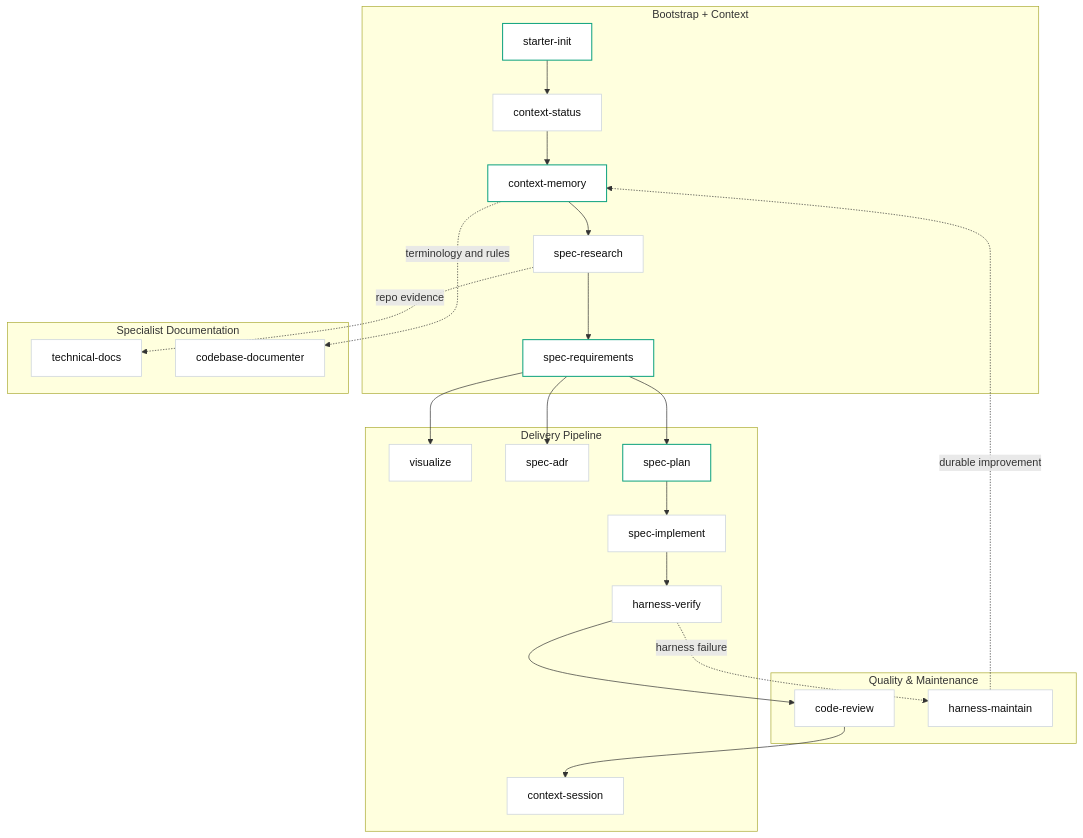
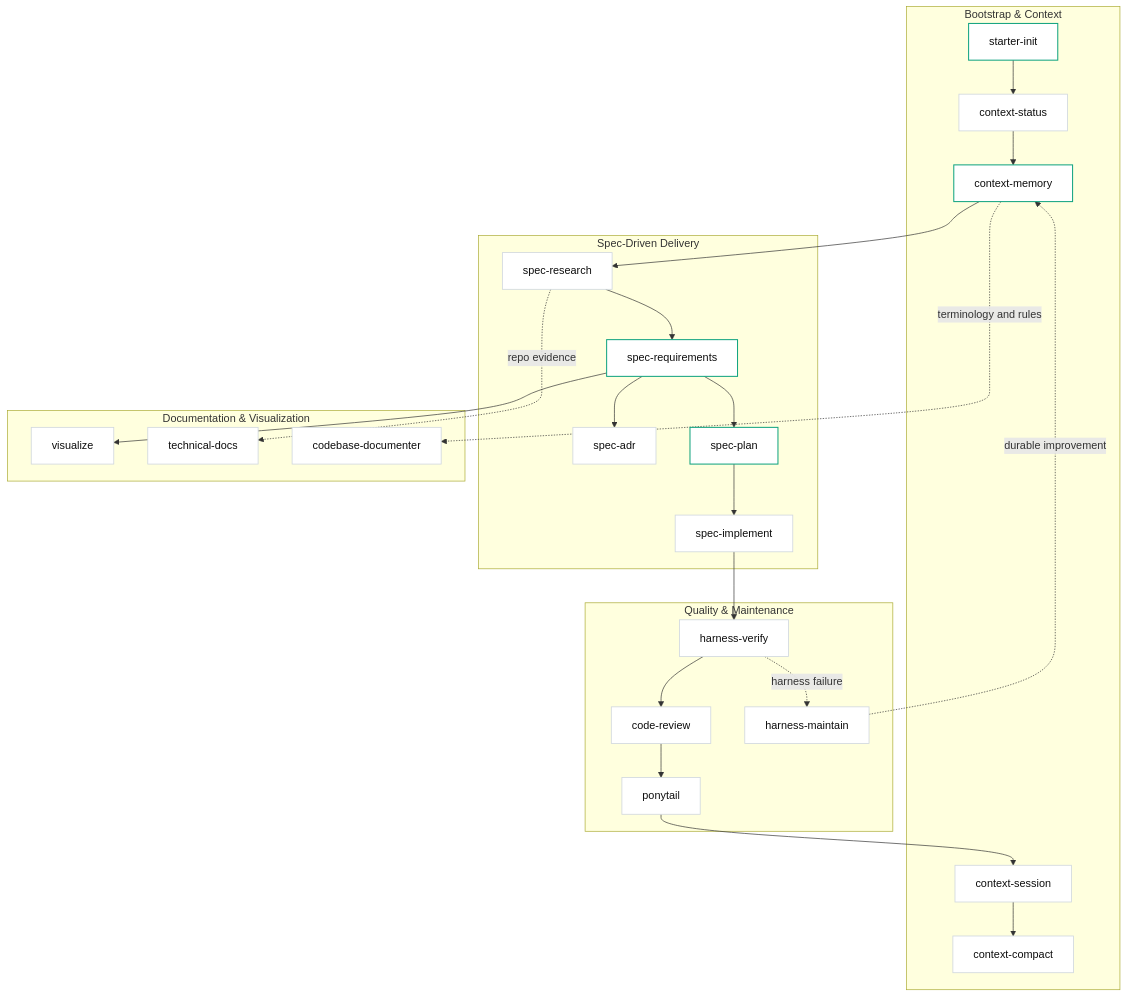
The diagram in documents/diagrams/skills-repository-architecture.mmd (thaihai-swe/CoreZero-Nexus), drawn with Mermaid before and after one commit. The commit also changed 18 other files, not shown here.

```diff
--- a/documents/diagrams/skills-repository-architecture.mmd
+++ b/documents/diagrams/skills-repository-architecture.mmd
@@ -1,50 +1,54 @@
 flowchart TB
-    subgraph OC["Bootstrap + Context"]
+    subgraph BC["Bootstrap &amp; Context"]
         START["starter-init"]
+        SESS["context-session"]
         STATUS["context-status"]
         MEMORY["context-memory"]
+        COMPACT["context-compact"]
+    end
+
+    subgraph SD["Spec-Driven Delivery"]
         RESEARCH["spec-research"]
         SPEC["spec-requirements"]
-    end
-
-    subgraph DP["Delivery Pipeline"]
-        VIS["visualize"]
         ADR["spec-adr"]
         PLAN["spec-plan"]
         IMPL["spec-implement"]
-        VERIFY["harness-verify"]
-        HAND["context-session"]
     end
 
-    subgraph SD["Specialist Documentation"]
+    subgraph QA["Quality &amp; Maintenance"]
+        VERIFY["harness-verify"]
+        REVIEW["code-review"]
+        PONY["ponytail"]
+        MAINTAIN["harness-maintain"]
+    end
+
+    subgraph DOC["Documentation &amp; Visualization"]
+        VIS["visualize"]
         TECDOC["technical-docs"]
         CODE["codebase-documenter"]
-    end
-
-    subgraph QA["Quality & Maintenance"]
-        REVIEW["code-review"]
-        MAINTAIN["harness-maintain"]
     end
 
     START --> STATUS
     STATUS --> MEMORY
     MEMORY --> RESEARCH
     RESEARCH --> SPEC
     SPEC --> VIS
     SPEC --> ADR
     SPEC --> PLAN
     PLAN --> IMPL
     IMPL --> VERIFY
     VERIFY --> REVIEW
-    REVIEW --> HAND
+    REVIEW --> PONY
+    PONY --> SESS
+    SESS --> COMPACT
 
     VERIFY -. harness failure .-> MAINTAIN
     MAINTAIN -. durable improvement .-> MEMORY
 
     RESEARCH -. repo evidence .-> TECDOC
     MEMORY -. terminology and rules .-> CODE
 
     classDef primary fill:#ffffff,stroke:#10a37f,color:#0d0d0d,stroke-width:1.5px;
     classDef neutral fill:#ffffff,stroke:#d0d7de,color:#0d0d0d,stroke-width:1.2px;
     class START,MEMORY,SPEC,PLAN primary;
-    class STATUS,RESEARCH,VIS,ADR,IMPL,VERIFY,HAND,TECDOC,CODE,REVIEW,MAINTAIN neutral;
+    class SESS,STATUS,COMPACT,RESEARCH,VIS,ADR,IMPL,VERIFY,REVIEW,PONY,TECDOC,CODE,MAINTAIN neutral;
```
